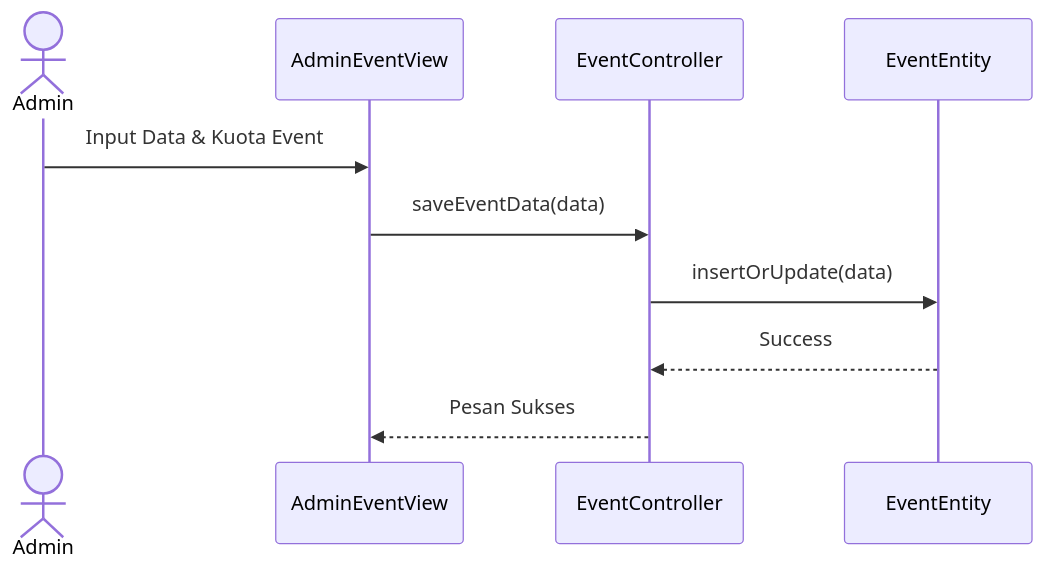
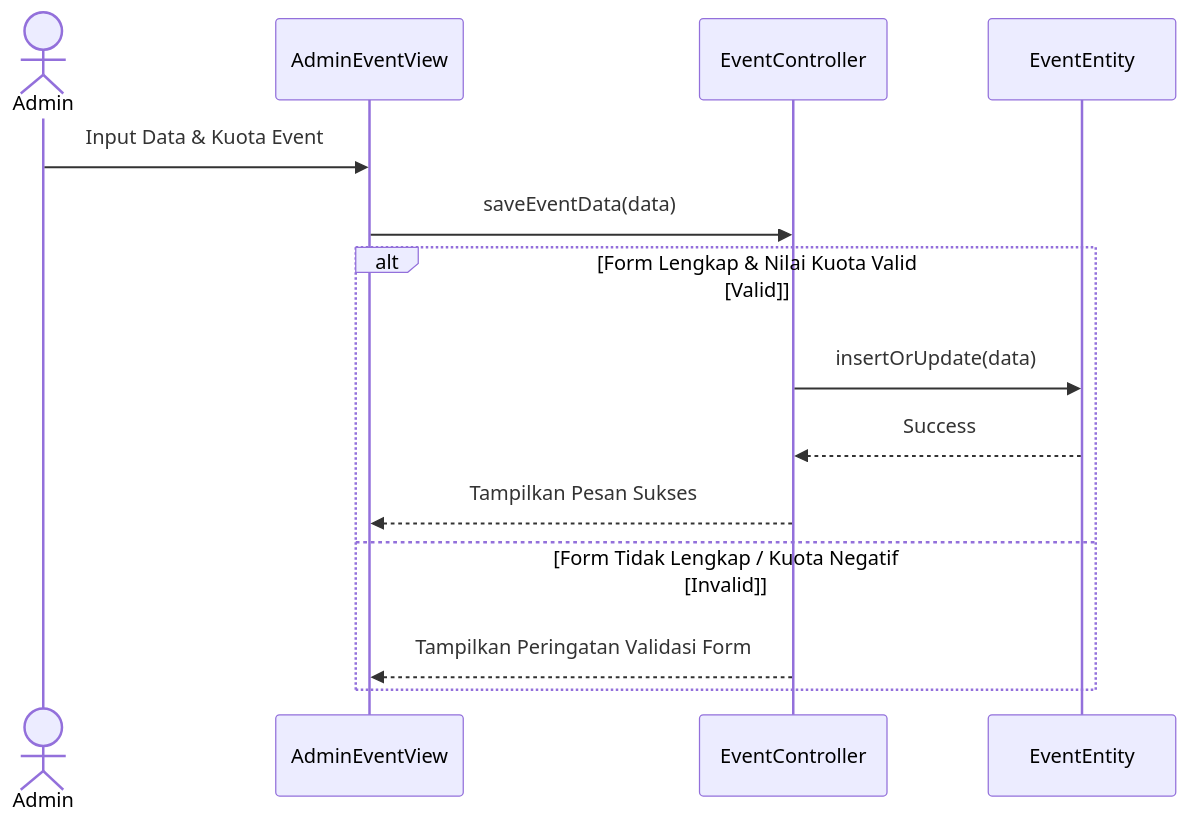
Diagram 15 of 27 in docs/Tugas 1 - DPPL SISTEM PEMESANAN TIKET.md (impal-kelompok-4/pos-tiket-standup), drawn with Mermaid before and after one commit. The commit also changed other lines of this file and 28 other files, not shown here.

````diff
--- a/docs/Tugas 1 - DPPL SISTEM PEMESANAN TIKET.md
+++ b/docs/Tugas 1 - DPPL SISTEM PEMESANAN TIKET.md
@@ -632,12 +662,16 @@
 ```mermaid
 sequenceDiagram
     actor Admin
     participant AdminEventView
     participant EventController
     participant EventEntity
     Admin->>AdminEventView: Input Data & Kuota Event
     AdminEventView->>EventController: saveEventData(data)
-    EventController->>EventEntity: insertOrUpdate(data)
-    EventEntity-->>EventController: Success
-    EventController-->>AdminEventView: Pesan Sukses
+    alt Form Lengkap & Nilai Kuota Valid [Valid]
+        EventController->>EventEntity: insertOrUpdate(data)
+        EventEntity-->>EventController: Success
+        EventController-->>AdminEventView: Tampilkan Pesan Sukses
+    else Form Tidak Lengkap / Kuota Negatif [Invalid]
+        EventController-->>AdminEventView: Tampilkan Peringatan Validasi Form
+    end
 ```
````
